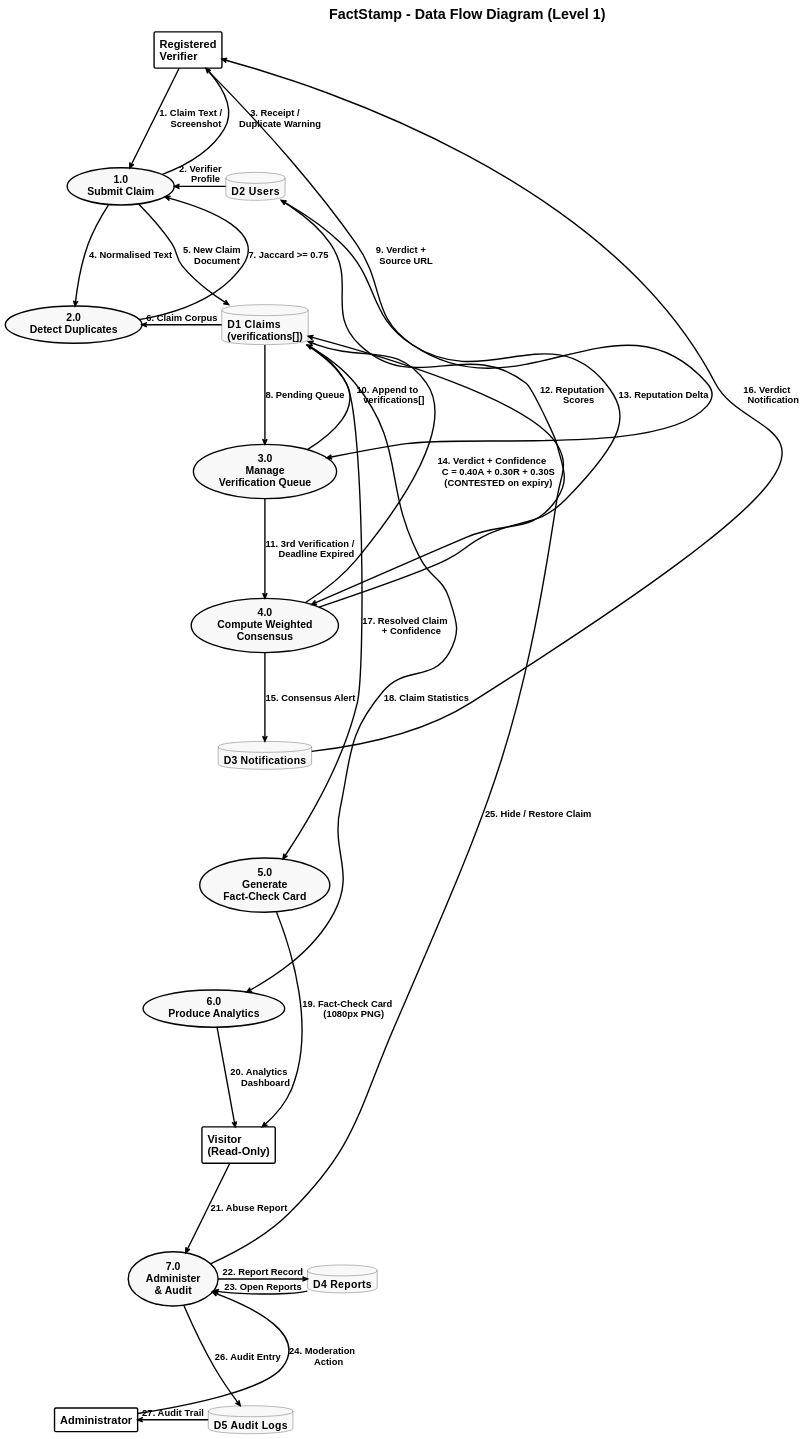
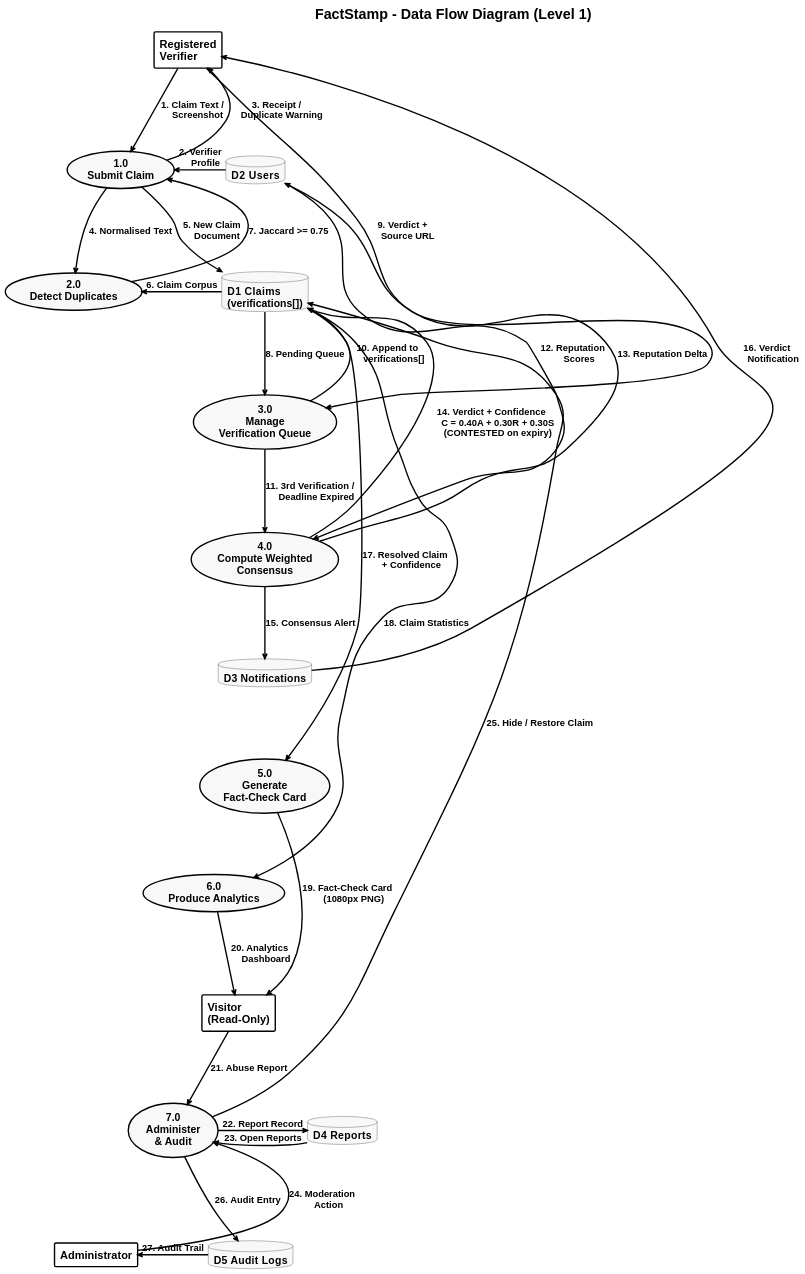
Before and after one commit to aadish0day/typst: the diagram in FactStamp/black_book_draft/03_Requirements_and_Analysis/attachments/dfd_level_1.puml, drawn with PlantUML. The commit also changed 77 other files, not shown here.

```diff
--- a/FactStamp/black_book_draft/03_Requirements_and_Analysis/attachments/dfd_level_1.puml
+++ b/FactStamp/black_book_draft/03_Requirements_and_Analysis/attachments/dfd_level_1.puml
@@ -21,104 +21,104 @@
 @startuml
 skinparam style strictuml
 skinparam monochrome true
 skinparam defaultFontName "Liberation Sans"
 skinparam defaultFontSize 20
 skinparam defaultFontStyle bold
 skinparam titleFontSize 26
 skinparam titleFontStyle bold
 
 ' Rule 5 (portrait): stretch ranks apart, squeeze columns together.
-skinparam ranksep 140
+skinparam ranksep 110
 skinparam nodesep 15
 
 skinparam backgroundColor white
 skinparam ArrowColor black
 skinparam ArrowThickness 2.5
 skinparam ArrowFontSize 17
 skinparam ArrowFontStyle bold
 
 skinparam UsecaseBorderColor black
 skinparam UsecaseBorderThickness 2.5
 skinparam UsecaseBackgroundColor #F8F9FA
 skinparam UsecaseFontSize 19
 skinparam UsecaseFontStyle bold
 
 skinparam RectangleBorderColor black
 skinparam RectangleBorderThickness 2.5
 skinparam RectangleBackgroundColor transparent
 skinparam RectangleFontSize 20
 skinparam RectangleFontStyle bold
 
 skinparam DatabaseBorderColor black
 skinparam DatabaseBackgroundColor #F8F9FA
 skinparam DatabaseFontSize 19
 skinparam DatabaseFontStyle bold
 
 title FactStamp - Data Flow Diagram (Level 1)
 
 ' ---------- External entities ----------
 rectangle "Registered\nVerifier" as VER
 
 ' ---------- Processes (usecase bubbles) ----------
 usecase "1.0\nSubmit Claim" as P1
 ' ---------- Data stores (Firestore collections) ----------
 database "D2  Users" as D2
 usecase "2.0\nDetect Duplicates" as P2
 database "D1  Claims\n(verifications[])" as D1
 usecase "3.0\nManage\nVerification Queue" as P3
 usecase "4.0\nCompute Weighted\nConsensus" as P4
 database "D3  Notifications" as D3
 usecase "5.0\nGenerate\nFact-Check Card" as P5
 usecase "6.0\nProduce Analytics" as P6
 rectangle "Visitor\n(Read-Only)" as VIS
 usecase "7.0\nAdminister\n& Audit" as P7
 database "D4  Reports" as D4
 rectangle "Administrator" as ADM
 database "D5  Audit Logs" as D5
 
 ' ---------- Invisible spine: pins every rank so the graph cannot fan out ----------
 VER -[hidden]-> D2
 D3  -[hidden]-> P5
 P5  -[hidden]-> P6
 VIS -[hidden]-> D4
 P7  -[hidden]-> ADM
 
 ' ---------- 1.0 Submit Claim ----------
 VER --> P1 : "1. Claim Text /\n    Screenshot"
 D2  -[norank]-> P1 : "2. Verifier\n    Profile"
 P1  -[norank]-> VER : "3. Receipt /\n    Duplicate Warning"
 P1  --> P2 : "4. Normalised Text"
 P1  --> D1 : "5. New Claim\n    Document"
 
 ' ---------- 2.0 Detect Duplicates ----------
 D1 -[norank]-> P2 : "6. Claim Corpus"
 P2 -[norank]-> P1 : "7. Jaccard >= 0.75"
 
 ' ---------- 3.0 Manage Verification Queue ----------
 D1  --> P3 : "8. Pending Queue"
 VER -[norank]-> P3 : "9. Verdict +\n    Source URL"
 P3  -[norank]-> D1 : "10. Append to\n     verifications[]"
 P3  --> P4 : "11. 3rd Verification /\n     Deadline Expired"
 
 ' ---------- 4.0 Compute Weighted Consensus ----------
 D2 -[norank]-> P4 : "12. Reputation\n     Scores"
 P4 -[norank]-> D2 : "13. Reputation Delta"
 P4 -[norank]-> D1 : "14. Verdict + Confidence\n     C = 0.40A + 0.30R + 0.30S\n     (CONTESTED on expiry)"
 P4 --> D3 : "15. Consensus Alert"
 D3 -[norank]-> VER : "16. Verdict\n     Notification"
 
 ' ---------- 5.0 / 6.0 Public outputs ----------
 D1 -[norank]-> P5 : "17. Resolved Claim\n     + Confidence"
 D1 -[norank]-> P6 : "18. Claim Statistics"
 P5 --> VIS : "19. Fact-Check Card\n     (1080px PNG)"
 P6 --> VIS : "20. Analytics\n     Dashboard"
 
 ' ---------- 7.0 Administer & Audit ----------
 VIS --> P7 : "21. Abuse Report"
 P7  -[norank]-> D4 : "22. Report Record"
 D4  -[norank]-> P7 : "23. Open Reports"
 ADM -[norank]-> P7 : "24. Moderation\n     Action"
 P7  -[norank]-> D1 : "25. Hide / Restore Claim"
 P7  --> D5 : "26. Audit Entry"
 D5  -[norank]-> ADM : "27. Audit Trail"
 @enduml
```
